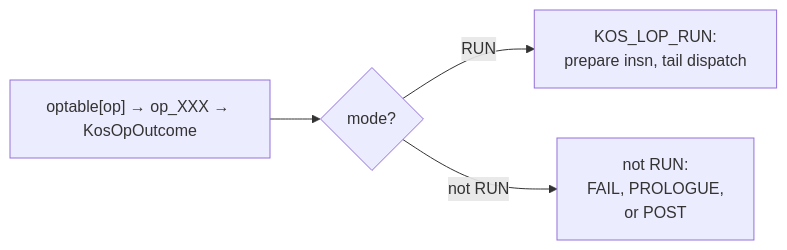
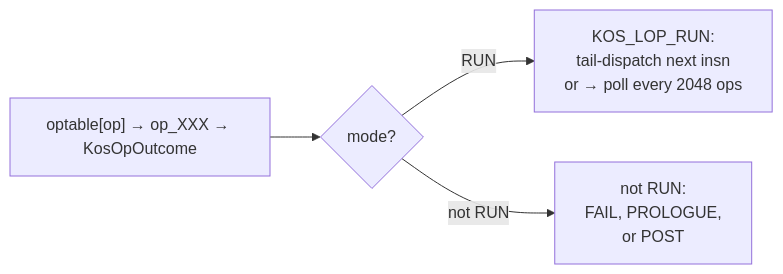
The sixth of 11 diagrams in design/EVALUATOR.md (koskari-lang/koskari), drawn with Mermaid before and after one commit. The commit also changed other lines of this file and 5 other files, not shown here.

````diff
--- a/design/EVALUATOR.md
+++ b/design/EVALUATOR.md
@@ -241,11 +314,11 @@
 ```mermaid
 flowchart LR
     dispatch["optable[op] → op_XXX → KosOpOutcome"]
     mode{"mode?"}
-    fast["KOS_LOP_RUN:<br/>prepare insn, tail dispatch"]
+    fast["KOS_LOP_RUN:<br/>tail-dispatch next insn<br/>or → poll every 2048 ops"]
     other["not RUN:<br/>FAIL, PROLOGUE,<br/>or POST"]
 
     dispatch --> mode
     mode -->|RUN| fast
     mode -->|not RUN| other
 ```
````
